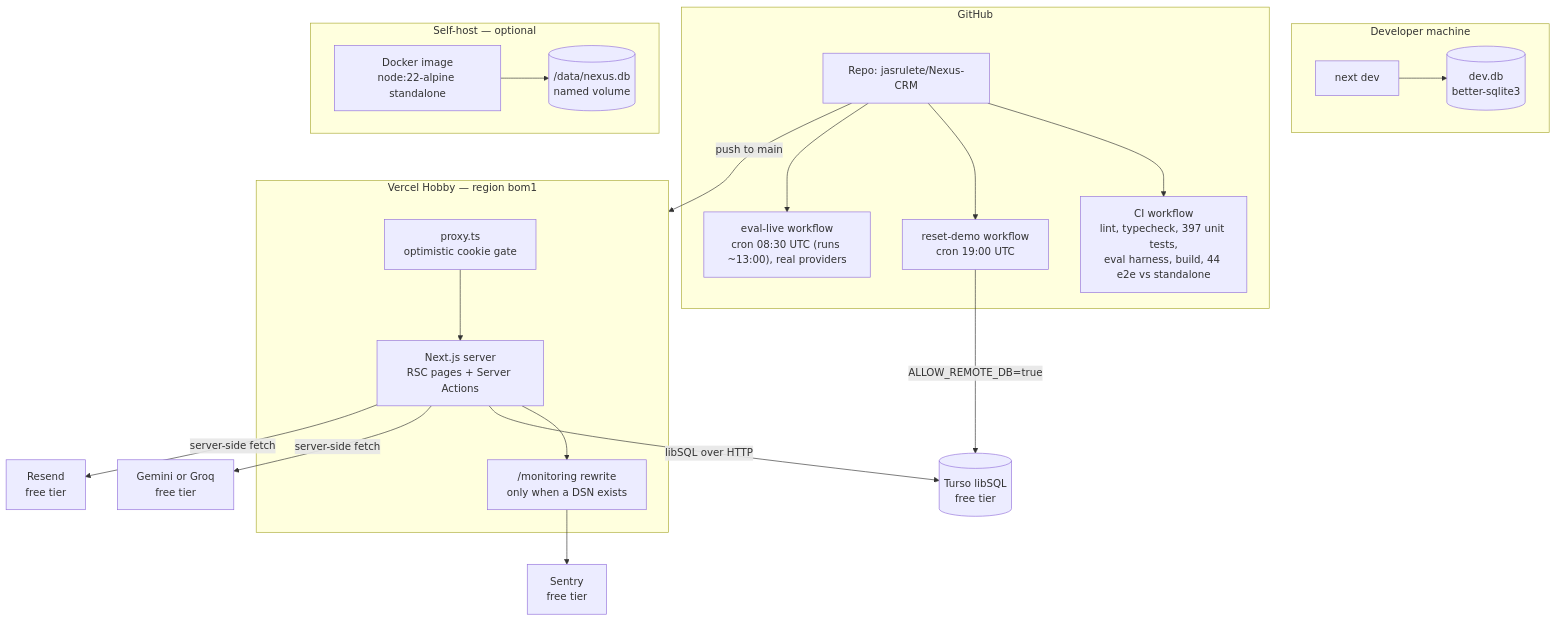
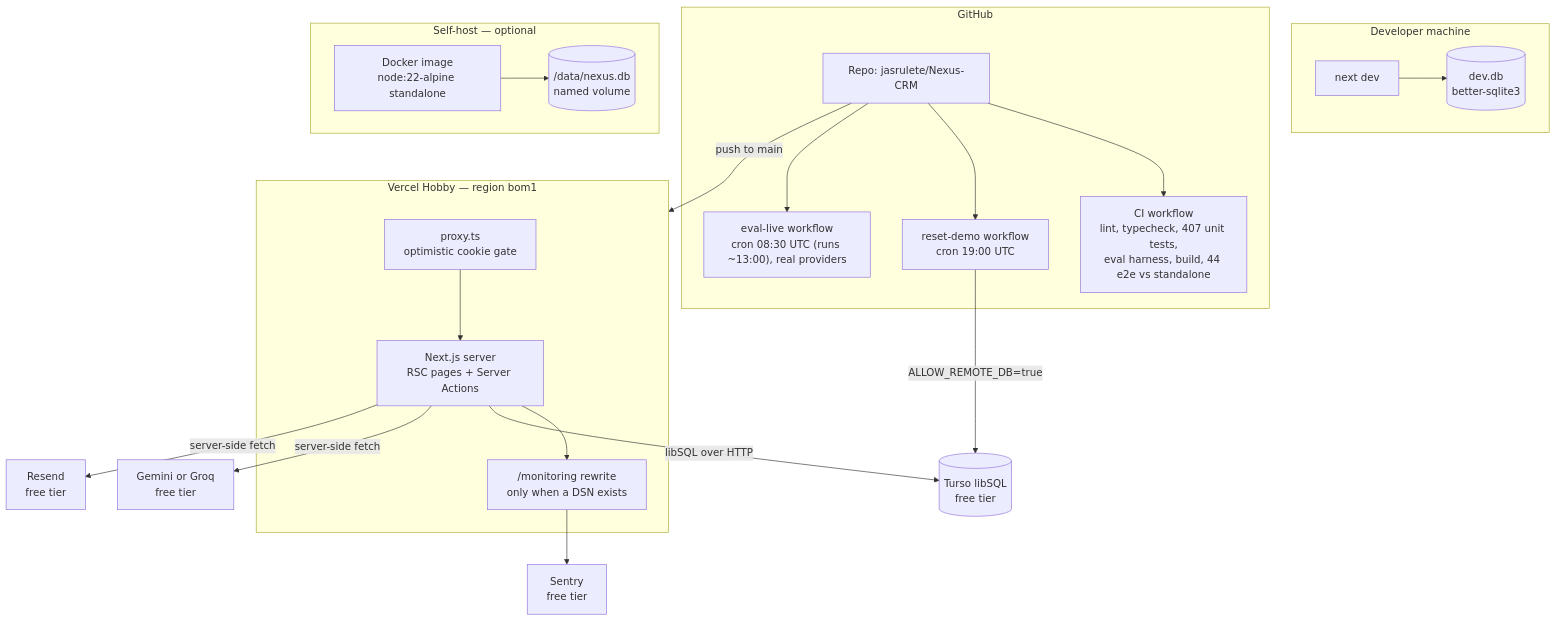
The first of 2 diagrams in docs/TECHNICAL-DESIGN.md (jasrulete/Nexus-CRM), drawn with Mermaid before and after one commit. The commit also changed other lines of this file and 5 other files, not shown here.

````diff
--- a/docs/TECHNICAL-DESIGN.md
+++ b/docs/TECHNICAL-DESIGN.md
@@ -82,44 +82,44 @@
 ```mermaid
 flowchart TB
     subgraph dev["Developer machine"]
         NEXTDEV["next dev"]
         FILE[("dev.db<br/>better-sqlite3")]
         NEXTDEV --> FILE
     end
 
     subgraph gh["GitHub"]
         REPO["Repo: jasrulete/Nexus-CRM"]
-        CI["CI workflow<br/>lint, typecheck, 397 unit tests,<br/>eval harness, build, 44 e2e vs standalone"]
+        CI["CI workflow<br/>lint, typecheck, 407 unit tests,<br/>eval harness, build, 44 e2e vs standalone"]
         RESET["reset-demo workflow<br/>cron 19:00 UTC"]
         EVAL["eval-live workflow<br/>cron 08:30 UTC (runs ~13:00), real providers"]
         REPO --> CI
         REPO --> RESET
         REPO --> EVAL
     end
 
     subgraph vercel["Vercel Hobby — region bom1"]
         PROXY["proxy.ts<br/>optimistic cookie gate"]
         APP["Next.js server<br/>RSC pages + Server Actions"]
         TUNNEL["/monitoring rewrite<br/>only when a DSN exists"]
         PROXY --> APP
         APP --> TUNNEL
     end
 
     subgraph selfhost["Self-host — optional"]
         DOCKER["Docker image<br/>node:22-alpine standalone"]
         VOL[("/data/nexus.db<br/>named volume")]
         DOCKER --> VOL
     end
 
     TURSO[("Turso libSQL<br/>free tier")]
     AI["Gemini or Groq<br/>free tier"]
     RESEND["Resend<br/>free tier"]
     SENTRY["Sentry<br/>free tier"]
 
     REPO -- "push to main" --> vercel
     APP -- "libSQL over HTTP" --> TURSO
     RESET -- "ALLOW_REMOTE_DB=true" --> TURSO
     APP -- "server-side fetch" --> AI
     APP -- "server-side fetch" --> RESEND
     TUNNEL --> SENTRY
 ```
````
